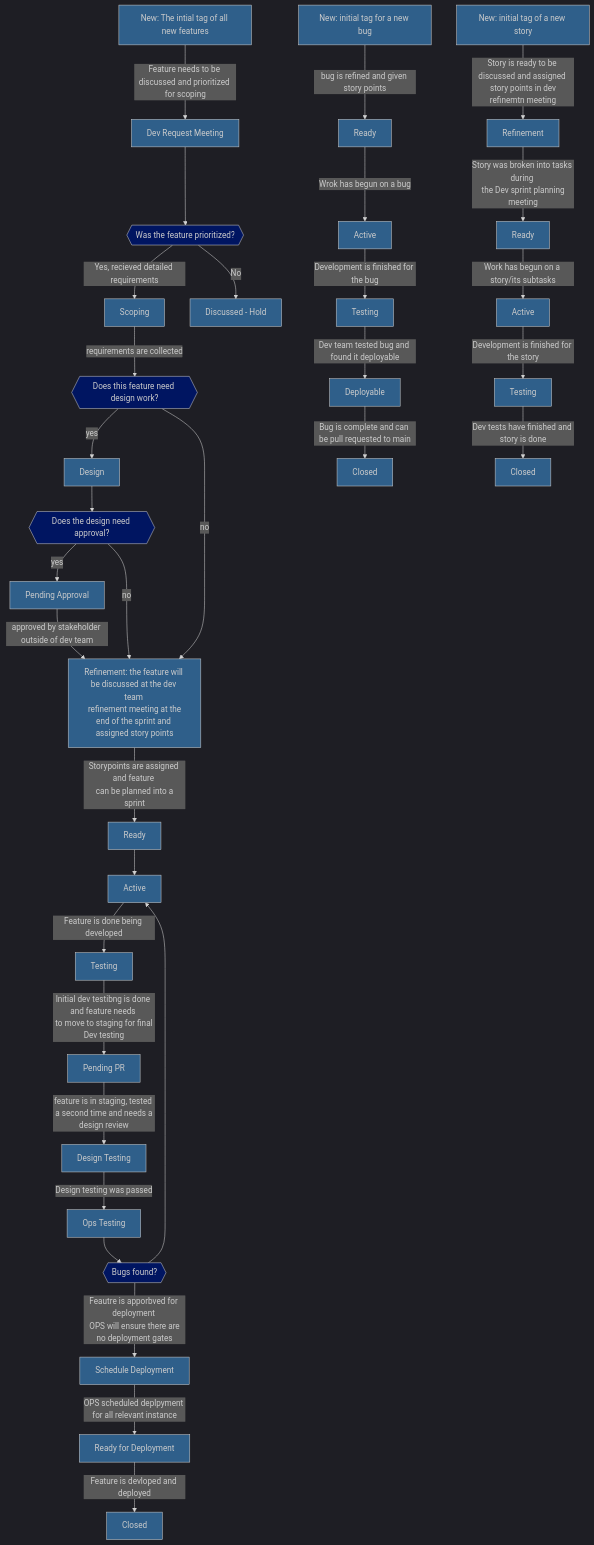
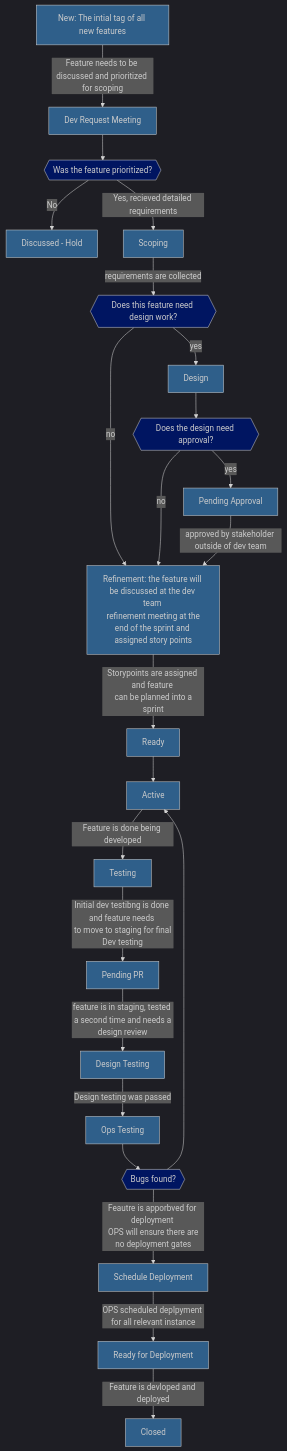
One commit to abbyhoosh/VueFrontend changed the first of 3 diagrams in README.md. Above: the diagram before and after it, drawn with Mermaid. The commit also changed other lines of this file, not shown here.

````diff
--- a/README.md
+++ b/README.md
@@ -34,83 +34,49 @@
 classDef tags fill:#2F5F8A
 classDef booleans fill:#001561;
 
-    NewFeature[New: The intial tag of all new features]
-    DevReq[Dev Request Meeting]
-    DiscussedHold[Discussed - Hold]
-    Scoping[Scoping]
-    Design[Design]
-    PendingApproval[Pending Approval]
-    Refinement[Refinement: the feature will be discussed at the dev team <br> refinement meeting at the end of the sprint and assigned story points]
-    Ready[Ready]
-    Active[Active]
-    Testing[Testing]
-    PendingPR[Pending PR]
-    DesignTesting[Design Testing]
-    OPS[Ops Testing]
-    ScheduleDeployment[Schedule Deployment]
-    ReadyForDeployment[Ready for Deployment]
-    Closed[Closed]
-    PrioritizedBool{{Was the feature prioritized?}}
-    BugsBool{{Bugs found?}}
-    DesignBool{{Does this feature need design work?}}
-    DesignApprovalBool{{Does the design need approval?}}
+NewFeature[New: The intial tag of all new features]
+DevReq[Dev Request Meeting]
+DiscussedHold[Discussed - Hold]
+Scoping[Scoping]
+Design[Design]
+PendingApproval[Pending Approval]
+Refinement[Refinement: the feature will be discussed at the dev team <br> refinement meeting at the end of the sprint and assigned story points]
+Ready[Ready]
+Active[Active]
+Testing[Testing]
+PendingPR[Pending PR]
+DesignTesting[Design Testing]
+OPS[Ops Testing]
+ScheduleDeployment[Schedule Deployment]
+ReadyForDeployment[Ready for Deployment]
+Closed[Closed]
+PrioritizedBool{{Was the feature prioritized?}}
+BugsBool{{Bugs found?}}
+DesignBool{{Does this feature need design work?}}
+DesignApprovalBool{{Does the design need approval?}}
 
-    class PrioritizedBool,BugsBool,DesignBool,DesignApprovalBool booleans;
-    class NewFeature,DevReq,DiscussedHold,Scoping,Design,PendingApproval,Refinement,Ready,Active,Testing,PendingPR,DesignTesting,OPS,ScheduleDeployment,ReadyForDeployment,Closed tags;
+class PrioritizedBool,BugsBool,DesignBool,DesignApprovalBool booleans;
+class NewFeature,DevReq,DiscussedHold,Scoping,Design,PendingApproval,Refinement,Ready,Active,Testing,PendingPR,DesignTesting,OPS,ScheduleDeployment,ReadyForDeployment,Closed tags;
 
-    NewFeature-->|Feature needs to be discussed and prioritized for scoping|DevReq
-    DevReq-->PrioritizedBool
-    PrioritizedBool-->|Yes, recieved detailed requirements|Scoping
-    PrioritizedBool-->|No|DiscussedHold
-    Scoping-->|requirements are collected|DesignBool
-    DesignBool-->|yes|Design
-    DesignBool-->|no|Refinement
-    Design-->DesignApprovalBool
-    DesignApprovalBool-->|yes|PendingApproval
-    DesignApprovalBool-->|no|Refinement
-    PendingApproval-->|approved by stakeholder outside of dev team|Refinement
-    Refinement-->|Storypoints are assigned and feature <br> can be planned into a sprint|Ready
-    Ready--> Active
-    Active-->|Feature is done being developed|Testing
-    Testing-->|Initial dev testibng is done and feature needs <br> to move to staging for final Dev testing|PendingPR
-    PendingPR-->|feature is in staging, tested <br> a second time and needs a design review|DesignTesting
-    DesignTesting-->|Design testing was passed|OPS
-    OPS-->BugsBool
-    BugsBool-->|Feautre is apporbved for deployment <br> OPS will ensure there are no deployment gates|ScheduleDeployment
-    BugsBool-->Active
-    ScheduleDeployment-->|OPS scheduled deplpyment for all relevant instance|ReadyForDeployment-->|Feature is devloped and deployed|Closed
-
-
-    NewBug[New: initial tag for a new bug]
-    ReadyBug[Ready]
-    ActiveBug[Active]
-    TestingBug[Testing]
-    BugDeployable[Deployable]
-    BugClosed[Closed]
-
-    NewBug-->|bug is refined and given story points|ReadyBug
-    ReadyBug-->|Wrok has begun on a bug|ActiveBug
-    ActiveBug-->|Development is finished for the bug|TestingBug
-    TestingBug-->|Dev team tested bug and found it deployable|BugDeployable
-    BugDeployable-->|Bug is complete and can be pull requested to main|BugClosed
-
-    class NewBug,ReadyBug,ActiveBug,TestingBug,BugDeployable,BugClosed tags;
-
-
-    NewStory[New: initial tag of a new story]
-    StoryRefinement[Refinement]
-    StoryReady[Ready]
-    StoryActive[Active]
-    StoryTesting[Testing]
-    StoryClosed[Closed]
-
-    NewStory-->|Story is ready to be discussed and assigned <br> story points in dev refinemtn meeting|StoryRefinement
-    StoryRefinement-->|Story was broken into tasks during <br> the Dev sprint planning meeting|StoryReady
-    StoryReady-->|Work has begun on a story/its subtasks|StoryActive
-    StoryActive-->|Development is finished for the story|StoryTesting
-    StoryTesting-->|Dev tests have finished and story is done|StoryClosed
-
-    class NewStory,StoryRefinement,StoryReady,StoryActive,StoryTesting,StoryClosed tags;
-
-
+NewFeature-->|Feature needs to be discussed and prioritized for scoping|DevReq
+DevReq-->PrioritizedBool
+PrioritizedBool-->|Yes, recieved detailed requirements|Scoping
+PrioritizedBool-->|No|DiscussedHold
+Scoping-->|requirements are collected|DesignBool
+DesignBool-->|yes|Design
+DesignBool-->|no|Refinement
+Design-->DesignApprovalBool
+DesignApprovalBool-->|yes|PendingApproval
+DesignApprovalBool-->|no|Refinement
+PendingApproval-->|approved by stakeholder outside of dev team|Refinement
+Refinement-->|Storypoints are assigned and feature <br> can be planned into a sprint|Ready
+Ready--> Active
+Active-->|Feature is done being developed|Testing
+Testing-->|Initial dev testibng is done and feature needs <br> to move to staging for final Dev testing|PendingPR
+PendingPR-->|feature is in staging, tested <br> a second time and needs a design review|DesignTesting
+DesignTesting-->|Design testing was passed|OPS
+OPS-->BugsBool
+BugsBool-->|Feautre is apporbved for deployment <br> OPS will ensure there are no deployment gates|ScheduleDeployment
+BugsBool-->Active
+ScheduleDeployment-->|OPS scheduled deplpyment for all relevant instance|ReadyForDeployment-->|Feature is devloped and deployed|Closed
 ```
````
